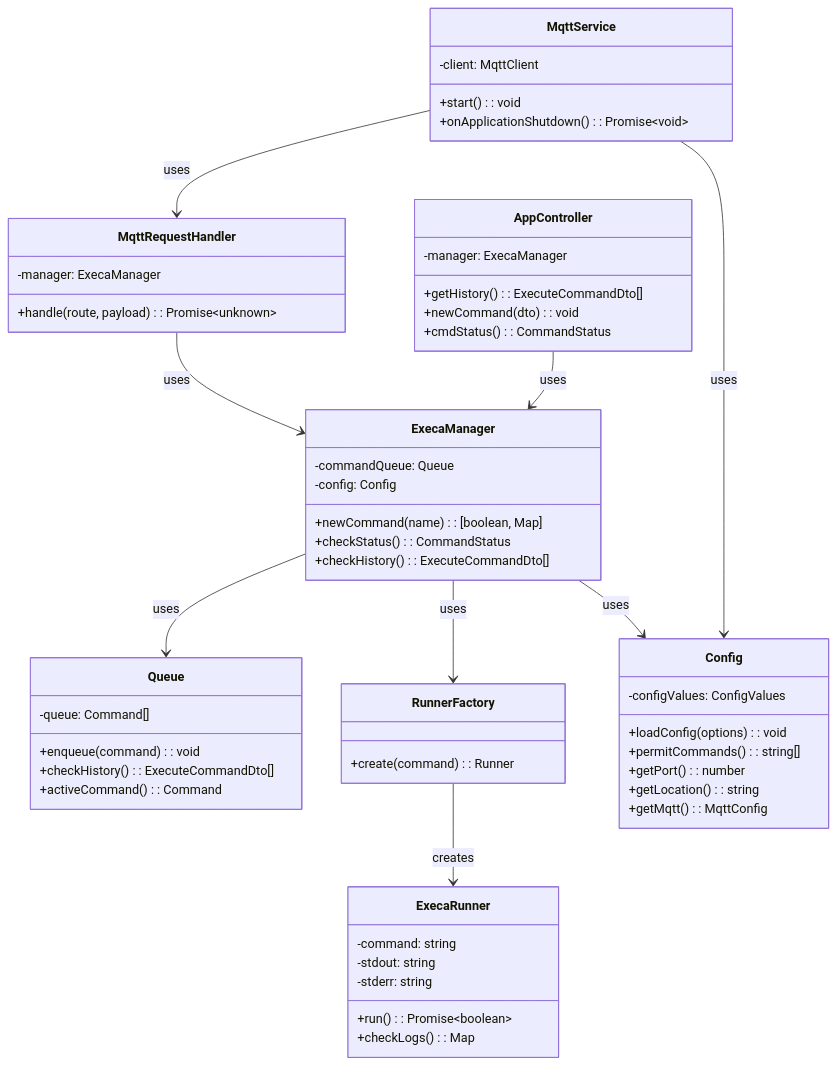
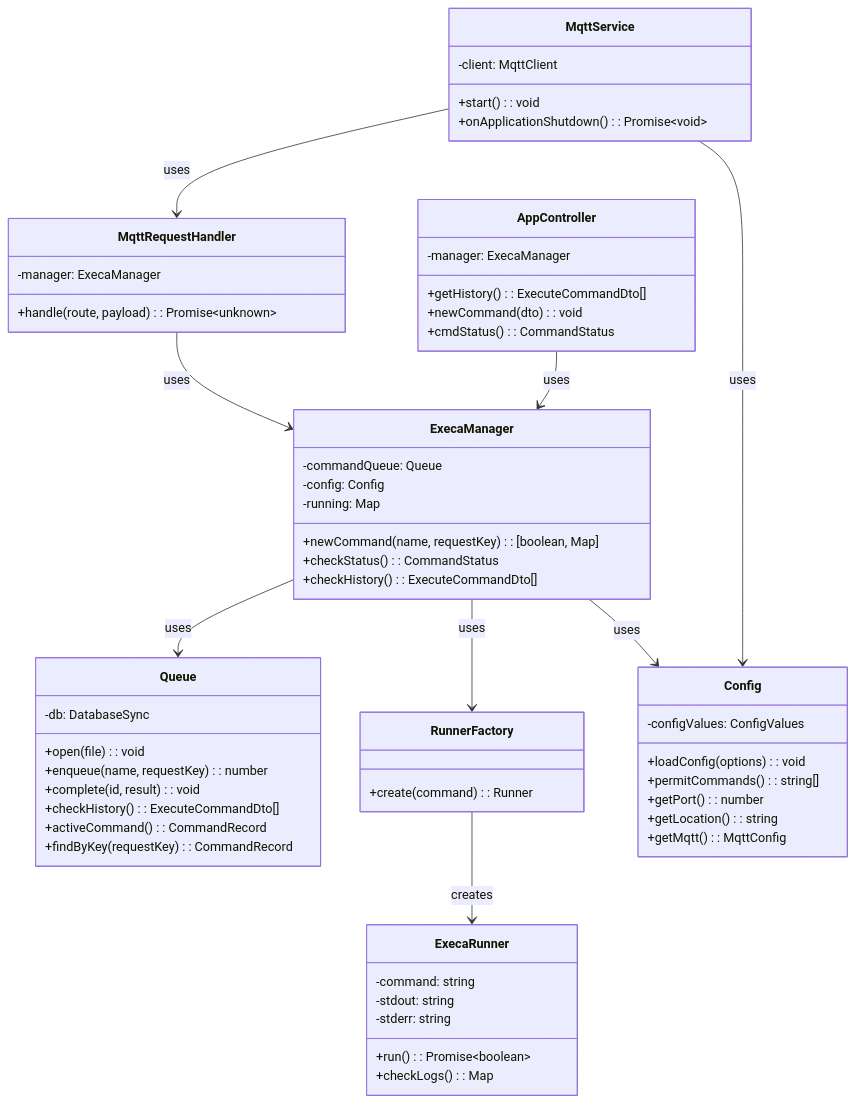
The diagram in docs/developer/codebase/runner.md (INTO-CPS-Association/DTaaS), drawn with Mermaid before and after one commit. The commit also changed other lines of this file and 29 other files, not shown here.

````diff
--- a/docs/developer/codebase/runner.md
+++ b/docs/developer/codebase/runner.md
@@ -49,65 +49,69 @@
 ```mermaid
 classDiagram
     class AppController {
         -manager: ExecaManager
         +getHistory(): ExecuteCommandDto[]
         +newCommand(dto): void
         +cmdStatus(): CommandStatus
     }
 
     class ExecaManager {
         -commandQueue: Queue
         -config: Config
-        +newCommand(name): [boolean, Map]
+        -running: Map
+        +newCommand(name, requestKey): [boolean, Map]
         +checkStatus(): CommandStatus
         +checkHistory(): ExecuteCommandDto[]
     }
 
     class Queue {
-        -queue: Command[]
-        +enqueue(command): void
+        -db: DatabaseSync
+        +open(file): void
+        +enqueue(name, requestKey): number
+        +complete(id, result): void
         +checkHistory(): ExecuteCommandDto[]
-        +activeCommand(): Command
+        +activeCommand(): CommandRecord
+        +findByKey(requestKey): CommandRecord
     }
 
     class RunnerFactory {
         +create(command): Runner
     }
 
     class ExecaRunner {
         -command: string
         -stdout: string
         -stderr: string
         +run(): Promise~boolean~
         +checkLogs(): Map
     }
 
     class Config {
         -configValues: ConfigValues
         +loadConfig(options): void
         +permitCommands(): string[]
         +getPort(): number
         +getLocation(): string
         +getMqtt(): MqttConfig
     }
 
     class MqttService {
         -client: MqttClient
         +start(): void
         +onApplicationShutdown(): Promise~void~
     }
 
     class MqttRequestHandler {
         -manager: ExecaManager
         +handle(route, payload): Promise~unknown~
     }
 
     AppController --> ExecaManager : uses
     MqttService --> MqttRequestHandler : uses
     MqttService --> Config : uses
     MqttRequestHandler --> ExecaManager : uses
     ExecaManager --> Queue : uses
     ExecaManager --> Config : uses
     ExecaManager --> RunnerFactory : uses
     RunnerFactory --> ExecaRunner : creates
 ```
````
